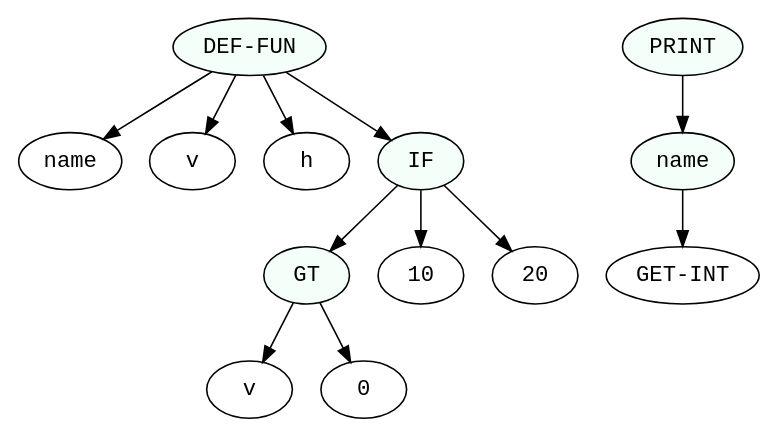
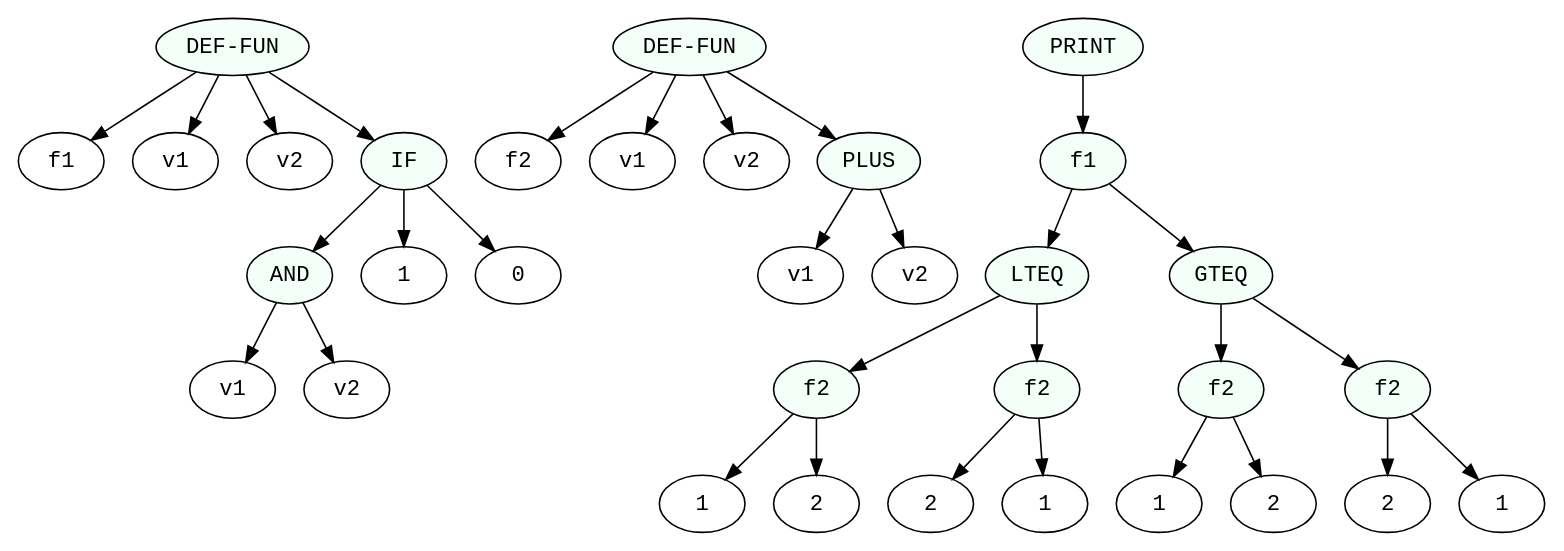
Before and after one commit to GunendraBikram/cc_project_01: the diagram in ast.dot, drawn with Graphviz. The commit also changed 6 other files, not shown here.

```diff
--- a/ast.dot
+++ b/ast.dot
@@ -1,26 +1,65 @@
 digraph print {
- 1 [label="name", fontname="monospace"];
- 2 [label="v", fontname="monospace"];
- 3 [label="h", fontname="monospace"];
- 4 [label="v", fontname="monospace"];
- 5 [label="0", fontname="monospace"];
- 6 [label="GT", fontname="monospace", style=filled, fillcolor=mintcream];
+ 1 [label="f1", fontname="monospace"];
+ 2 [label="v1", fontname="monospace"];
+ 3 [label="v2", fontname="monospace"];
+ 4 [label="v1", fontname="monospace"];
+ 5 [label="v2", fontname="monospace"];
+ 6 [label="AND", fontname="monospace", style=filled, fillcolor=mintcream];
  6->4
  6->5
- 7 [label="10", fontname="monospace"];
- 8 [label="20", fontname="monospace"];
+ 7 [label="1", fontname="monospace"];
+ 8 [label="0", fontname="monospace"];
  9 [label="IF", fontname="monospace", style=filled, fillcolor=mintcream];
  9->6
  9->7
  9->8
- 10 [label="GET-INT", fontname="monospace"];
- 11 [label="name", fontname="monospace", style=filled, fillcolor=mintcream];
- 11->10
- 12 [label="PRINT", fontname="monospace", style=filled, fillcolor=mintcream];
- 12->11
- 13 [label="DEF-FUN", fontname="monospace", style=filled, fillcolor=mintcream];
- 13->1
- 13->2
- 13->3
- 13->9
+ 10 [label="f2", fontname="monospace"];
+ 11 [label="v1", fontname="monospace"];
+ 12 [label="v2", fontname="monospace"];
+ 13 [label="v1", fontname="monospace"];
+ 14 [label="v2", fontname="monospace"];
+ 15 [label="PLUS", fontname="monospace", style=filled, fillcolor=mintcream];
+ 15->13
+ 15->14
+ 16 [label="1", fontname="monospace"];
+ 17 [label="2", fontname="monospace"];
+ 18 [label="f2", fontname="monospace", style=filled, fillcolor=mintcream];
+ 18->16
+ 18->17
+ 19 [label="2", fontname="monospace"];
+ 20 [label="1", fontname="monospace"];
+ 21 [label="f2", fontname="monospace", style=filled, fillcolor=mintcream];
+ 21->19
+ 21->20
+ 22 [label="LTEQ", fontname="monospace", style=filled, fillcolor=mintcream];
+ 22->18
+ 22->21
+ 23 [label="1", fontname="monospace"];
+ 24 [label="2", fontname="monospace"];
+ 25 [label="f2", fontname="monospace", style=filled, fillcolor=mintcream];
+ 25->23
+ 25->24
+ 26 [label="2", fontname="monospace"];
+ 27 [label="1", fontname="monospace"];
+ 28 [label="f2", fontname="monospace", style=filled, fillcolor=mintcream];
+ 28->26
+ 28->27
+ 29 [label="GTEQ", fontname="monospace", style=filled, fillcolor=mintcream];
+ 29->25
+ 29->28
+ 30 [label="f1", fontname="monospace", style=filled, fillcolor=mintcream];
+ 30->22
+ 30->29
+ 31 [label="PRINT", fontname="monospace", style=filled, fillcolor=mintcream];
+ 31->30
+ 32 [label="DEF-FUN", fontname="monospace", style=filled, fillcolor=mintcream];
+ 32->10
+ 32->11
+ 32->12
+ 32->15
+ 33 [label="DEF-FUN", fontname="monospace", style=filled, fillcolor=mintcream];
+ 33->1
+ 33->2
+ 33->3
+ 33->9
  }
```
